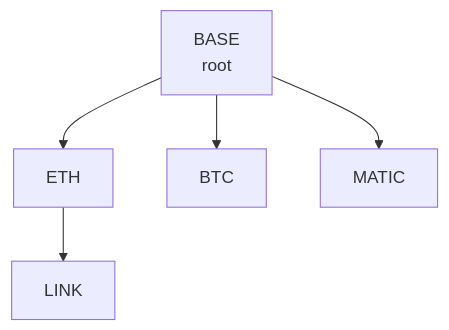
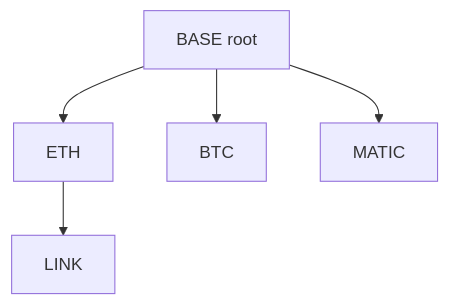
One commit to btr-protocol/dex changed the third of 4 diagrams in docs/1. AIMM/Overview.md. Above: the diagram before and after it, drawn with Mermaid. The commit also changed other lines of this file and 27 other files, not shown here.

````diff
--- a/docs/1. AIMM/Overview.md
+++ b/docs/1. AIMM/Overview.md
@@ -100,7 +99,7 @@
 ```mermaid
 graph TD
-    BASE[BASE<br/>root] --> ETH
+    BASE[BASE root] --> ETH
     BASE --> BTC
     BASE --> MATIC
     ETH --> LINK
 ```
````
